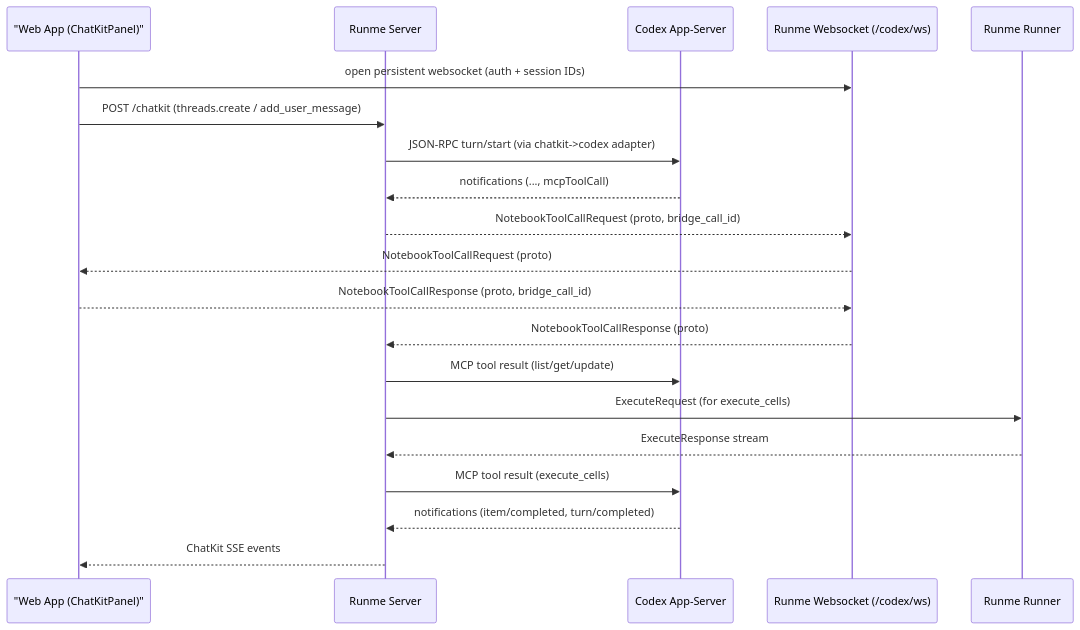
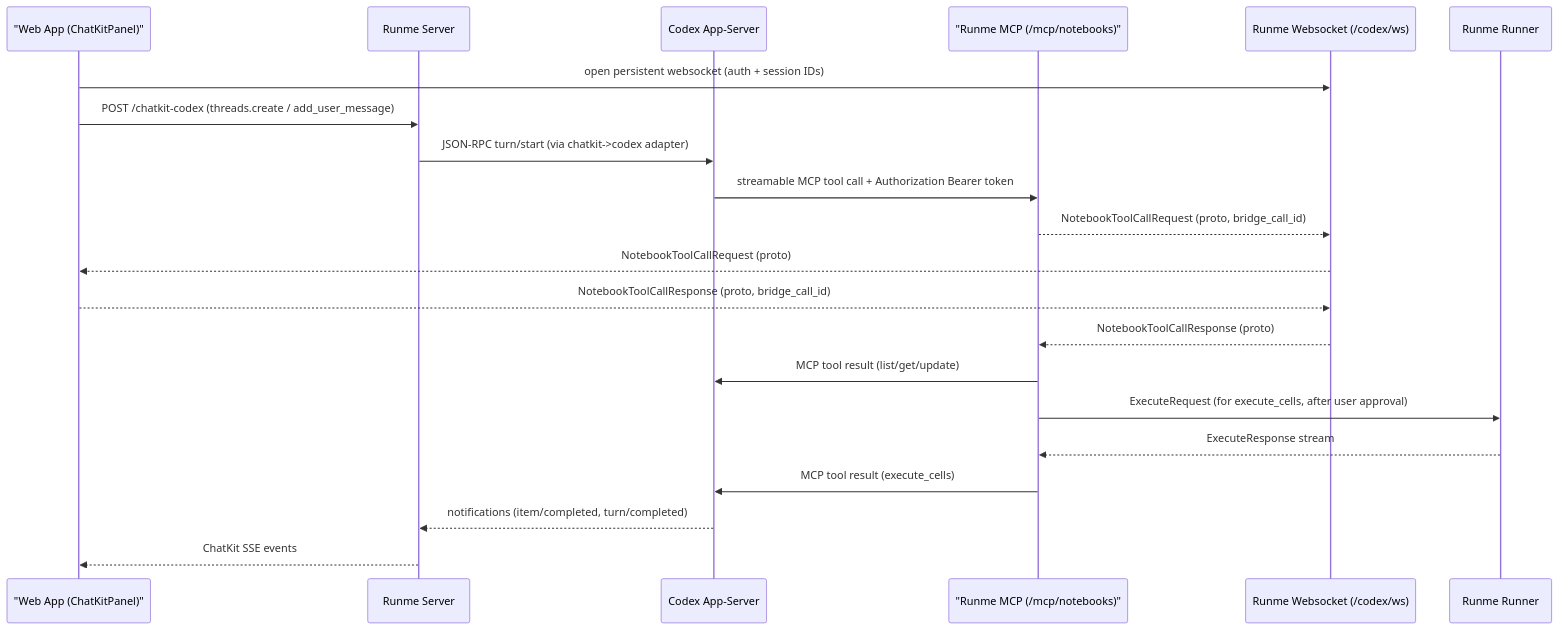
One commit to runmedev/web changed the diagram in docs-dev/design/codexapp.md. Above: the diagram before and after it, drawn with Mermaid. The commit also changed other lines of this file, not shown here.

Commit message:
docs: switch codex notebook tools to streamable mcp

````diff
--- a/docs-dev/design/codexapp.md
+++ b/docs-dev/design/codexapp.md
@@ -168,26 +172,27 @@
 ```mermaid
 sequenceDiagram
   participant UI as "Web App (ChatKitPanel)"
   participant RS as Runme Server
   participant CA as Codex App-Server
+  participant MCP as "Runme MCP (/mcp/notebooks)"
   participant CWS as Runme Websocket (/codex/ws)
   participant RW as Runme Runner
 
   UI->>CWS: open persistent websocket (auth + session IDs)
-  UI->>RS: POST /chatkit (threads.create / add_user_message)
+  UI->>RS: POST /chatkit-codex (threads.create / add_user_message)
   RS->>CA: JSON-RPC turn/start (via chatkit->codex adapter)
-  CA-->>RS: notifications (..., mcpToolCall)
+  CA->>MCP: streamable MCP tool call + Authorization Bearer token
 
-  RS-->>CWS: NotebookToolCallRequest (proto, bridge_call_id)
+  MCP-->>CWS: NotebookToolCallRequest (proto, bridge_call_id)
   CWS-->>UI: NotebookToolCallRequest (proto)
   UI-->>CWS: NotebookToolCallResponse (proto, bridge_call_id)
-  CWS-->>RS: NotebookToolCallResponse (proto)
-  RS->>CA: MCP tool result (list/get/update)
+  CWS-->>MCP: NotebookToolCallResponse (proto)
+  MCP->>CA: MCP tool result (list/get/update)
 
-  RS->>RW: ExecuteRequest (for execute_cells)
-  RW-->>RS: ExecuteResponse stream
-  RS->>CA: MCP tool result (execute_cells)
+  MCP->>RW: ExecuteRequest (for execute_cells, after user approval)
+  RW-->>MCP: ExecuteResponse stream
+  MCP->>CA: MCP tool result (execute_cells)
 
   CA-->>RS: notifications (item/completed, turn/completed)
   RS-->>UI: ChatKit SSE events
 ```
````
